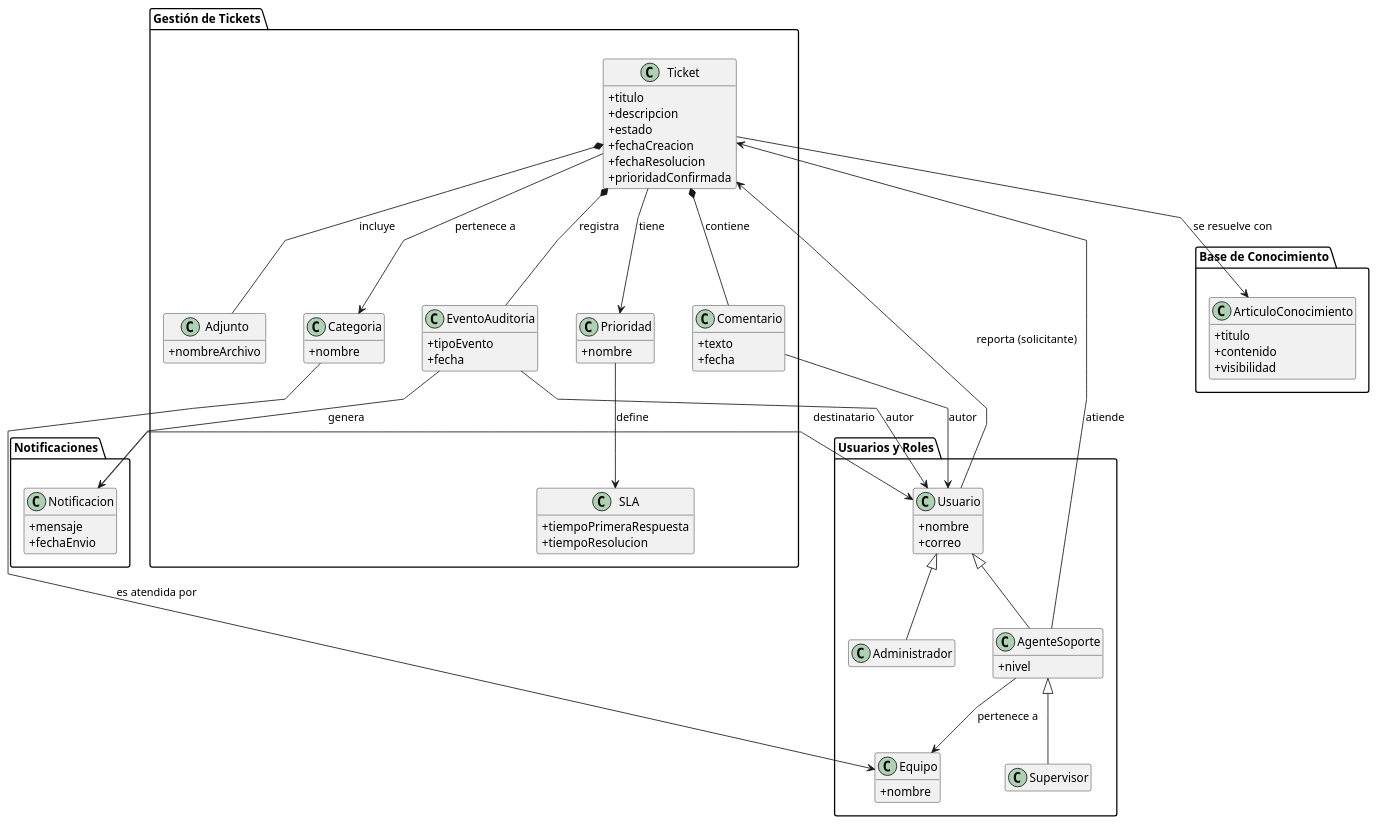
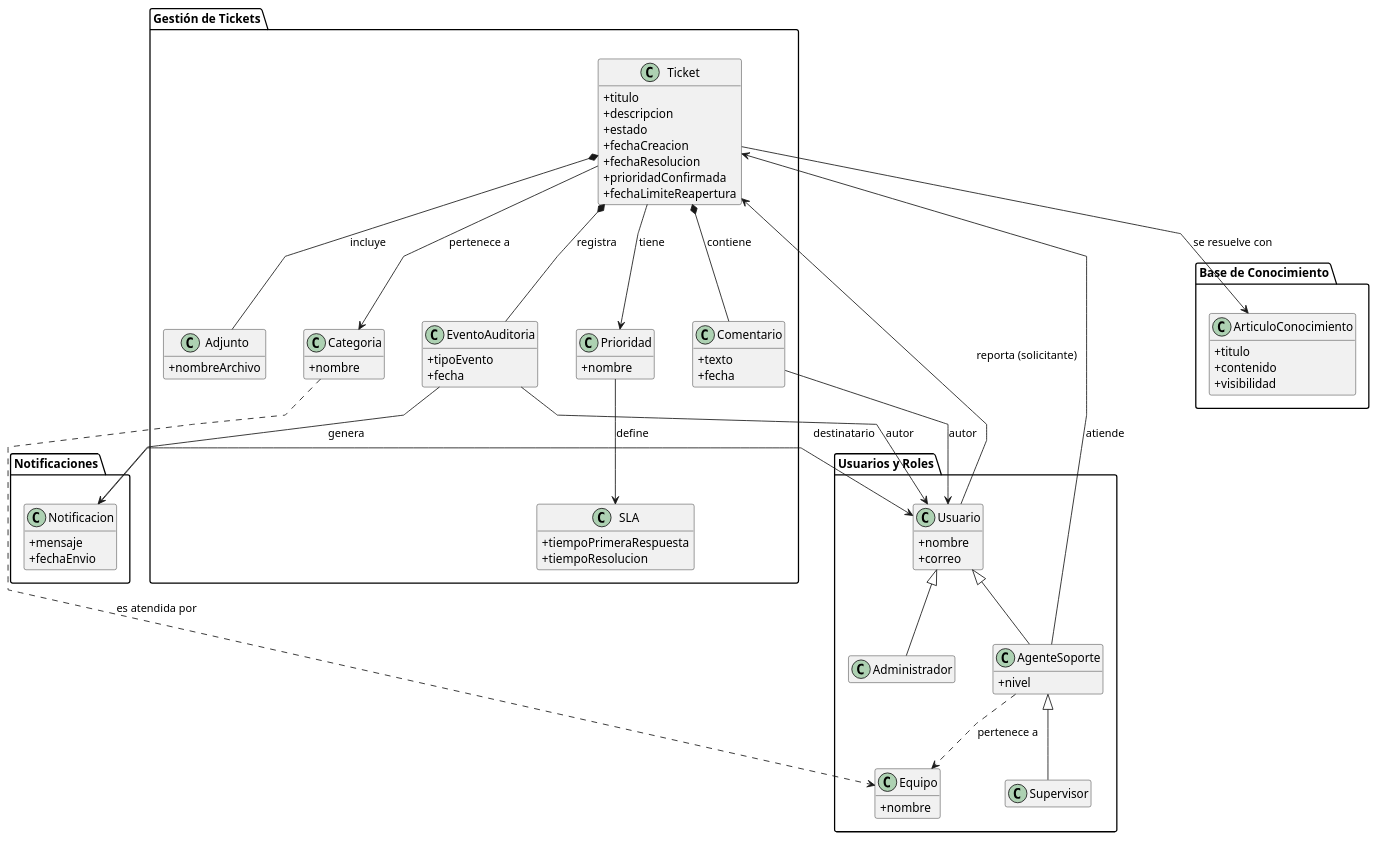
One commit to Dievex/01-HelpDesk changed the diagram in puml/01-fase-inicio/modelo-dominio/diagrama-clases.puml. Above: the diagram before and after it, drawn with PlantUML. The commit also changed 3 other files, not shown here.

First line of the commit message:
Add fechaLimiteReapertura y completa cardinalidades del Modelo de Dominio

```diff
--- a/puml/01-fase-inicio/modelo-dominio/diagrama-clases.puml
+++ b/puml/01-fase-inicio/modelo-dominio/diagrama-clases.puml
@@ -1,92 +1,93 @@
 @startuml diagrama-clases
 hide empty members
 skinparam classAttributeIconSize 0
 skinparam nodesep 45
 skinparam ranksep 70
 skinparam packagePadding 25
 skinparam linetype polyline
 
 package "Usuarios y Roles" {
   class Usuario {
     +nombre
     +correo
   }
   class AgenteSoporte {
     +nivel
   }
   class Supervisor
   class Administrador
   class Equipo {
     +nombre
   }
 }
 
 package "Gestión de Tickets" {
   class Ticket {
     +titulo
     +descripcion
     +estado
     +fechaCreacion
     +fechaResolucion
     +prioridadConfirmada
+    +fechaLimiteReapertura
   }
   class Categoria {
     +nombre
   }
   class Prioridad {
     +nombre
   }
   class SLA {
     +tiempoPrimeraRespuesta
     +tiempoResolucion
   }
   class Comentario {
     +texto
     +fecha
   }
   class Adjunto {
     +nombreArchivo
   }
   class EventoAuditoria {
     +tipoEvento
     +fecha
   }
 }
 
 package "Base de Conocimiento" {
   class ArticuloConocimiento {
     +titulo
     +contenido
     +visibilidad
   }
 }
 
 package "Notificaciones" {
   class Notificacion {
     +mensaje
     +fechaEnvio
   }
 }
 
 Usuario <|-- AgenteSoporte
 AgenteSoporte <|-- Supervisor
 Usuario <|-- Administrador
 
 Usuario  -->  Ticket : reporta (solicitante)
 AgenteSoporte  -->  Ticket : atiende
-AgenteSoporte  -->  Equipo : pertenece a
+AgenteSoporte  ..>  Equipo : pertenece a
 Ticket  -->  Categoria : pertenece a
 Ticket  -->  Prioridad : tiene
 Prioridad  -->  SLA : define
-Categoria  -->  Equipo : es atendida por
+Categoria  ..>  Equipo : es atendida por
 
 Ticket  *--  Comentario : contiene
 Ticket  *--  Adjunto : incluye
 Ticket  *--  EventoAuditoria : registra
 Ticket  -->  ArticuloConocimiento : se resuelve con
 
 Notificacion  -->  Usuario : destinatario
 Comentario  -->  Usuario : autor
 EventoAuditoria  -->  Usuario : autor
 EventoAuditoria  -->  Notificacion : genera
 @enduml
```
